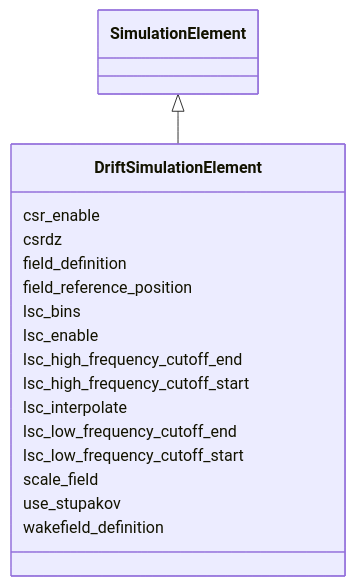
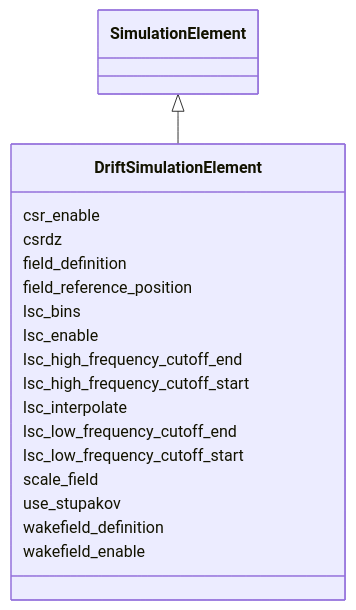
One commit to astec-stfc/laura changed the diagram in docs/source/schema/DriftSimulationElement.md. Above: the diagram before and after it, drawn with Mermaid. The commit also changed other lines of this file and 47 other files, not shown here.

First line of the commit message:
Make functional parameters a schema concept; complete PR #4 merge

````diff
--- a/docs/source/schema/DriftSimulationElement.md
+++ b/docs/source/schema/DriftSimulationElement.md
@@ -23,37 +23,39 @@
 ```mermaid
  classDiagram
     class DriftSimulationElement
     click DriftSimulationElement href "../DriftSimulationElement/"
       SimulationElement <|-- DriftSimulationElement
         click SimulationElement href "../SimulationElement/"
       
       DriftSimulationElement : csr_enable
         
       DriftSimulationElement : csrdz
         
       DriftSimulationElement : field_definition
         
       DriftSimulationElement : field_reference_position
         
       DriftSimulationElement : lsc_bins
         
       DriftSimulationElement : lsc_enable
         
       DriftSimulationElement : lsc_high_frequency_cutoff_end
         
       DriftSimulationElement : lsc_high_frequency_cutoff_start
         
       DriftSimulationElement : lsc_interpolate
         
       DriftSimulationElement : lsc_low_frequency_cutoff_end
         
       DriftSimulationElement : lsc_low_frequency_cutoff_start
         
       DriftSimulationElement : scale_field
         
       DriftSimulationElement : use_stupakov
         
       DriftSimulationElement : wakefield_definition
         
+      DriftSimulationElement : wakefield_enable
+        
       
 ```
````
